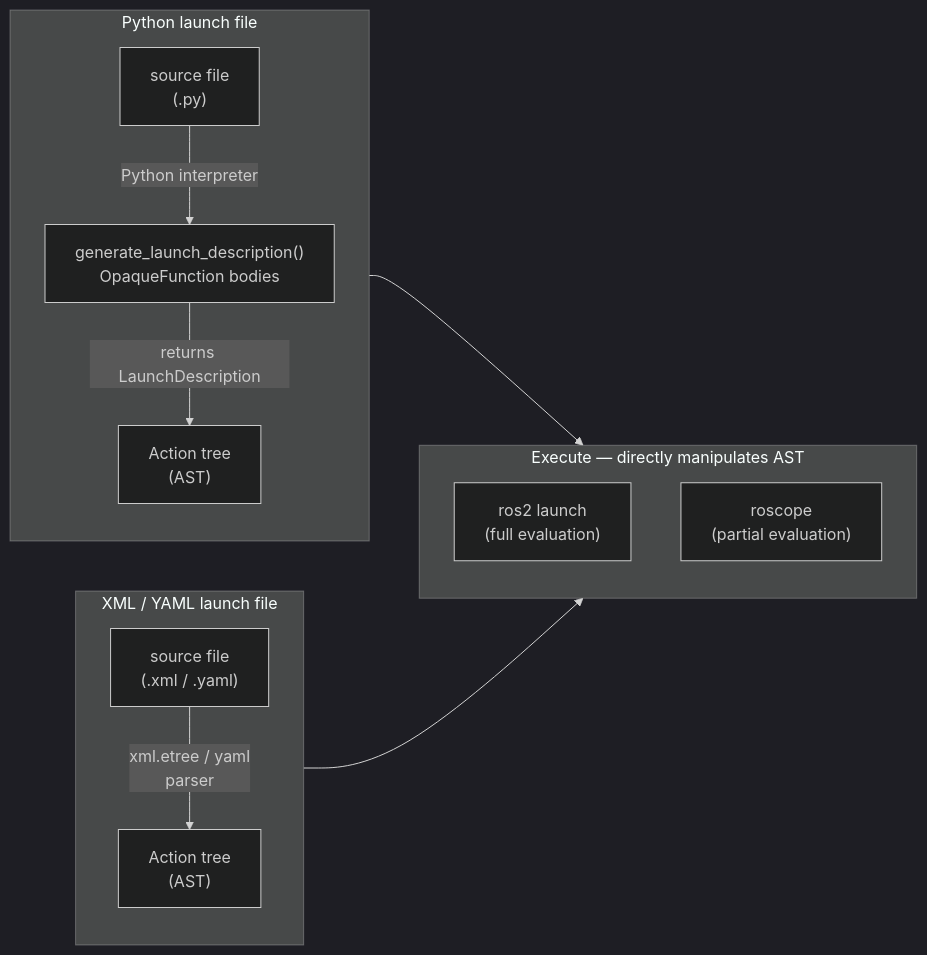
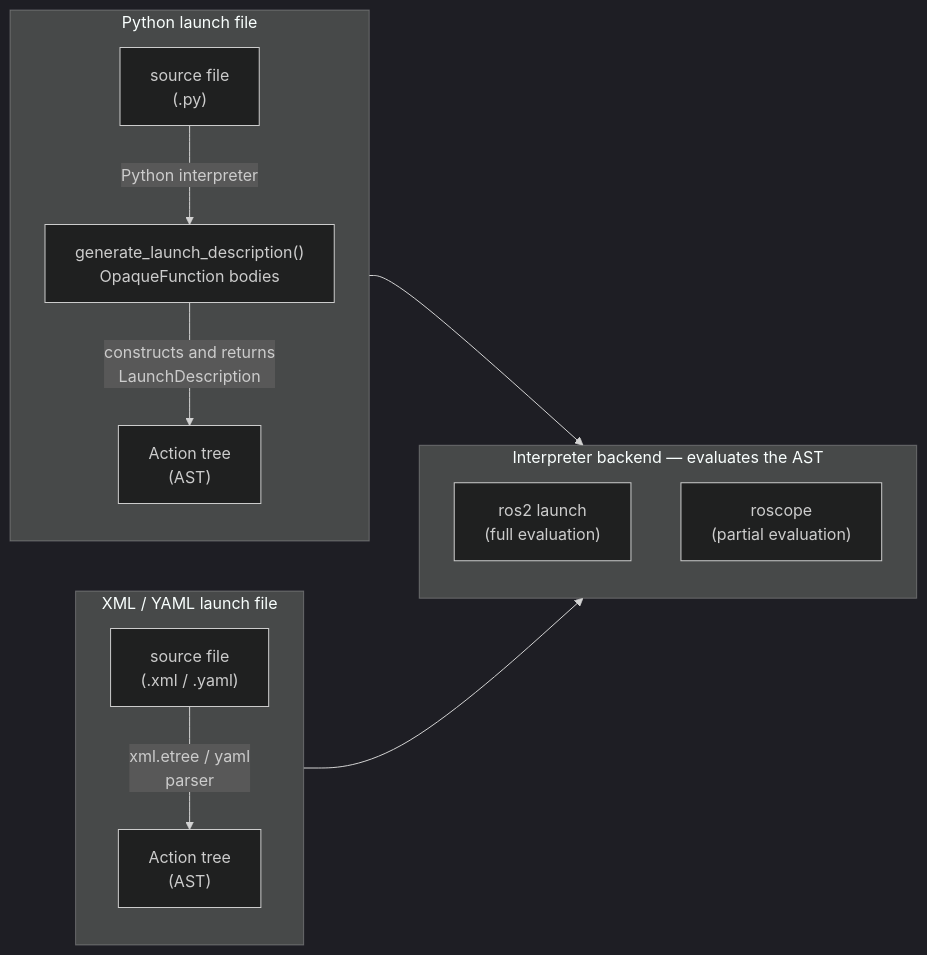
Before and after one commit to paulsohn/launch-plus: the diagram in docs/concepts.md, drawn with Mermaid (dark theme). The commit also changed other lines of this file and 1 other file, not shown here.

First line of the commit message:
docs: clarify per-file cycle and AST constructor framing

````diff
--- a/docs/concepts.md
+++ b/docs/concepts.md
@@ -32,27 +35,27 @@
 ```mermaid
 flowchart LR
     subgraph xml_path["XML / YAML launch file"]
         direction TB
         xsrc["source file\n(.xml / .yaml)"]
         xast["Action tree\n(AST)"]
         xsrc -- "xml.etree / yaml\nparser" --> xast
     end
 
     subgraph py_path["Python launch file"]
         direction TB
         psrc["source file\n(.py)"]
         pgen["generate_launch_description()\nOpaqueFunction bodies"]
         past["Action tree\n(AST)"]
         psrc -- "Python interpreter" --> pgen
-        pgen -- "returns LaunchDescription" --> past
+        pgen -- "constructs and returns\nLaunchDescription" --> past
     end
 
-    subgraph exec["Execute — directly manipulates AST"]
+    subgraph exec["Interpreter backend — evaluates the AST"]
         direction TB
         ros2["ros2 launch\n(full evaluation)"]
         roscope_e["roscope\n(partial evaluation)"]
     end
 
     xast --> exec
     past --> exec
 ```
````
